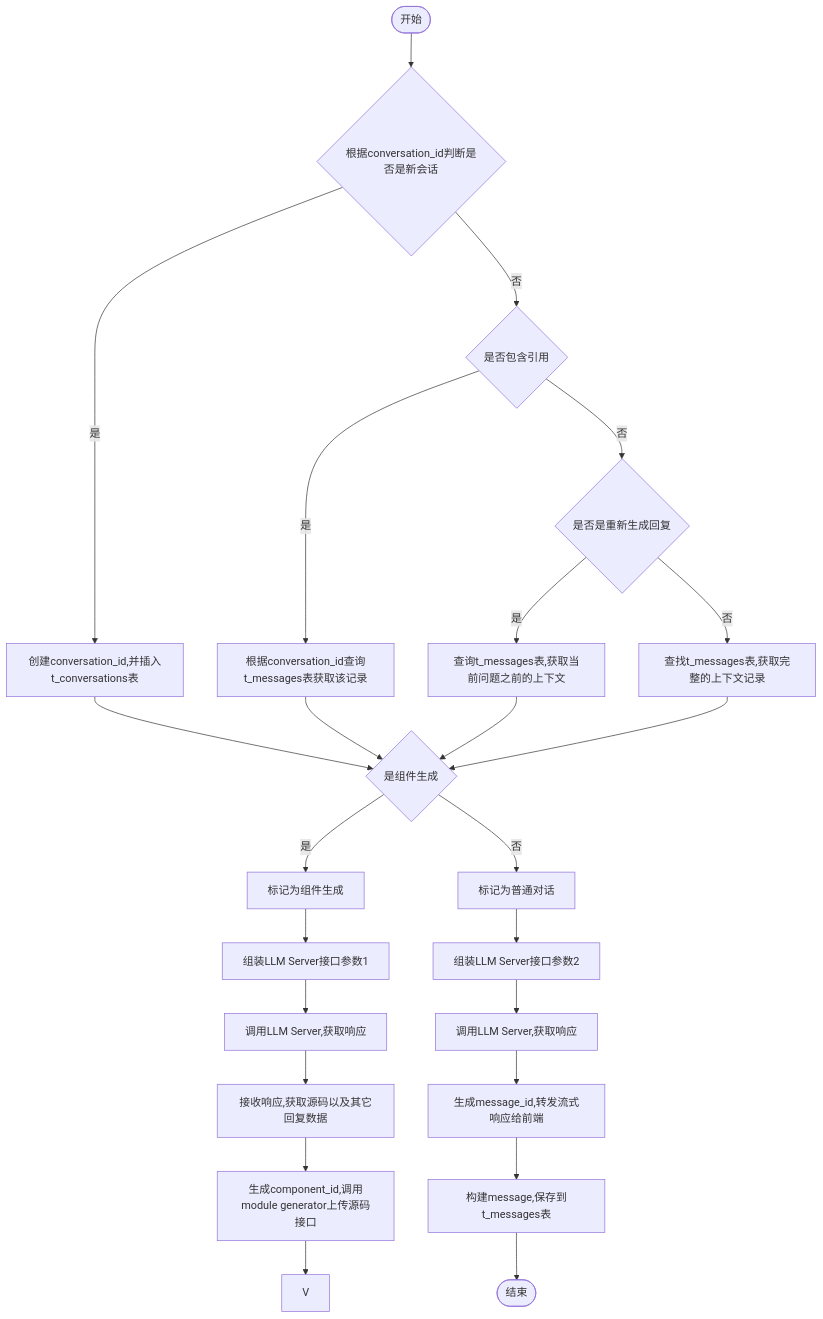
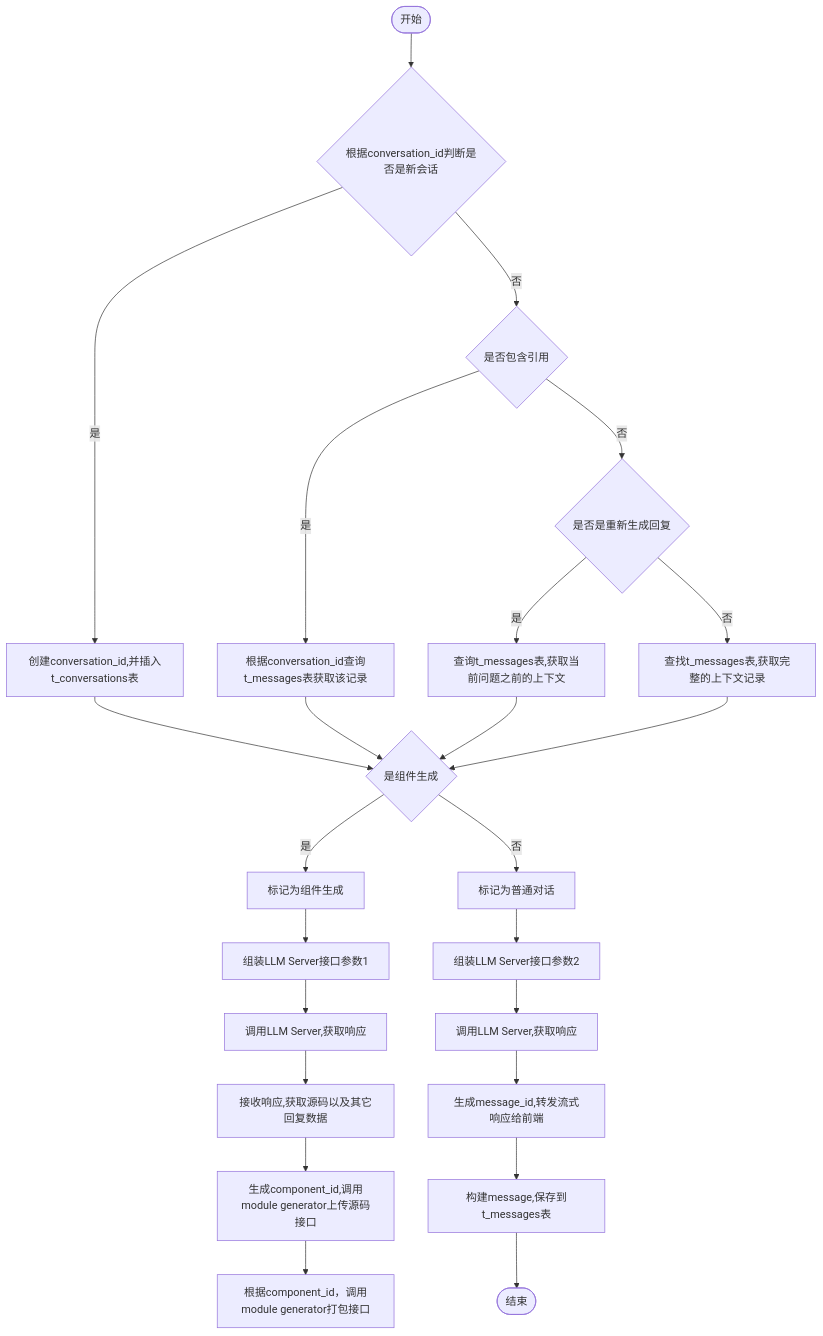
Before and after one commit to yingjianzh/iodraw-files: the diagram in all/未命名-7.md, drawn with Mermaid.

Commit message:
2024-10-12 14:36:12 update

````diff
--- a/all/未命名-7.md
+++ b/all/未命名-7.md
@@ -1,29 +1,29 @@
 ```mermaid
 flowchart TD
     A([开始]) --> B{根据conversation_id判断是否是新会话}
     B -- 是 --> C[创建conversation_id,并插入t_conversations表]
     B -- 否 --> D{是否包含引用}
     D -- 是 --> E[根据conversation_id查询t_messages表获取该记录]
     D -- 否 --> F{是否是重新生成回复}
     F -- 是 --> G[查询t_messages表,获取当前问题之前的上下文]
     F -- 否 --> H[查找t_messages表,获取完整的上下文记录]
      
     C & E & G & H --> I{是组件生成}
     I -- 是 --> J[标记为组件生成]
     I -- 否 --> K[标记为普通对话]
 
     J --> L[组装LLM Server接口参数1]    
     K --> M[组装LLM Server接口参数2]    
     M --> N[调用LLM Server,获取响应]    
     N --> O[生成message_id,转发流式响应给前端]
     O --> P[构建message,保存到t_messages表]
     P --> R([结束])
 
 
     L --> S[调用LLM Server,获取响应]
     S --> T[接收响应,获取源码以及其它回复数据]
     T --> U[生成component_id,调用module generator上传源码接口]
-    U --> V
+    U --> V[根据component_id，调用module generator打包接口]
 
 
 ```
````
